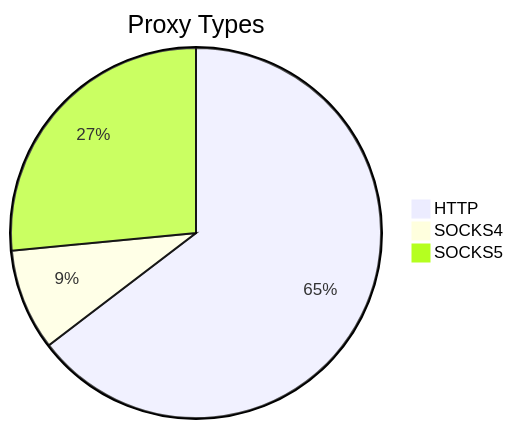
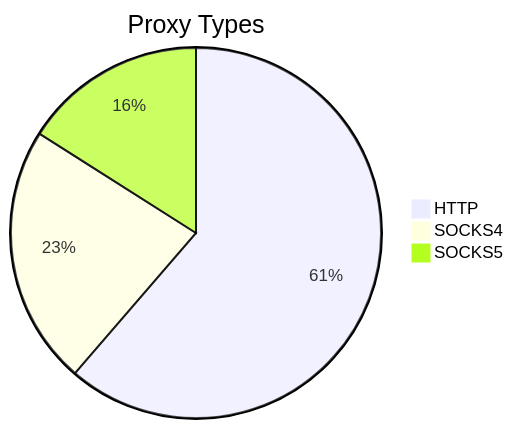
Before and after one commit to stormsia/proxy-list: the first of 2 diagrams in README.md, drawn with Mermaid. The commit also changed other lines of this file, not shown here.

````diff
--- a/README.md
+++ b/README.md
@@ -21,6 +21,6 @@
 ```mermaid
 pie title Proxy Types
-    "HTTP" : 95
-    "SOCKS4" : 13
-    "SOCKS5" : 39
+    "HTTP" : 322
+    "SOCKS4" : 119
+    "SOCKS5" : 84
 ```
````
